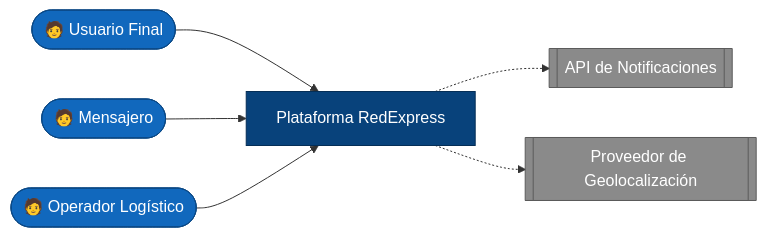
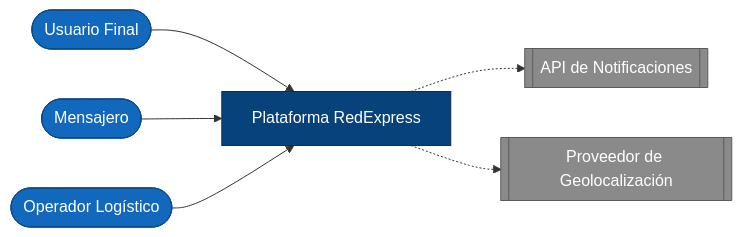
Before and after one commit to CesarAVegaF312/AREM-Taller_3_Arquitectura_C4: the fourth of 11 diagrams in clase/guia_paso_a_paso_c4.md, drawn with Mermaid. The commit also changed other lines of this file and 4 other files, not shown here.

````diff
--- a/clase/guia_paso_a_paso_c4.md
+++ b/clase/guia_paso_a_paso_c4.md
@@ -85,15 +85,15 @@
 ```mermaid
 flowchart LR
-    usuario(["🧑 Usuario Final"]) --> redexpress["Plataforma RedExpress"]
-    mensajero(["🧑 Mensajero"]) --> redexpress
-    operador(["🧑 Operador Logístico"]) --> redexpress
+    usuario(["Usuario Final"]) --> redexpress["Plataforma RedExpress"]
+    mensajero(["Mensajero"]) --> redexpress
+    operador(["Operador Logístico"]) --> redexpress
     redexpress -.-> notif[["API de Notificaciones"]]
     redexpress -.-> geo[["Proveedor de Geolocalización"]]
 
     classDef person fill:#1168bd,color:#fff,stroke:#0b4884;
     classDef system fill:#08427b,color:#fff,stroke:#052e56;
     classDef external fill:#8a8a8a,color:#fff,stroke:#5c5c5c;
     class usuario,mensajero,operador person
     class redexpress system
     class notif,geo external
 ```
````
